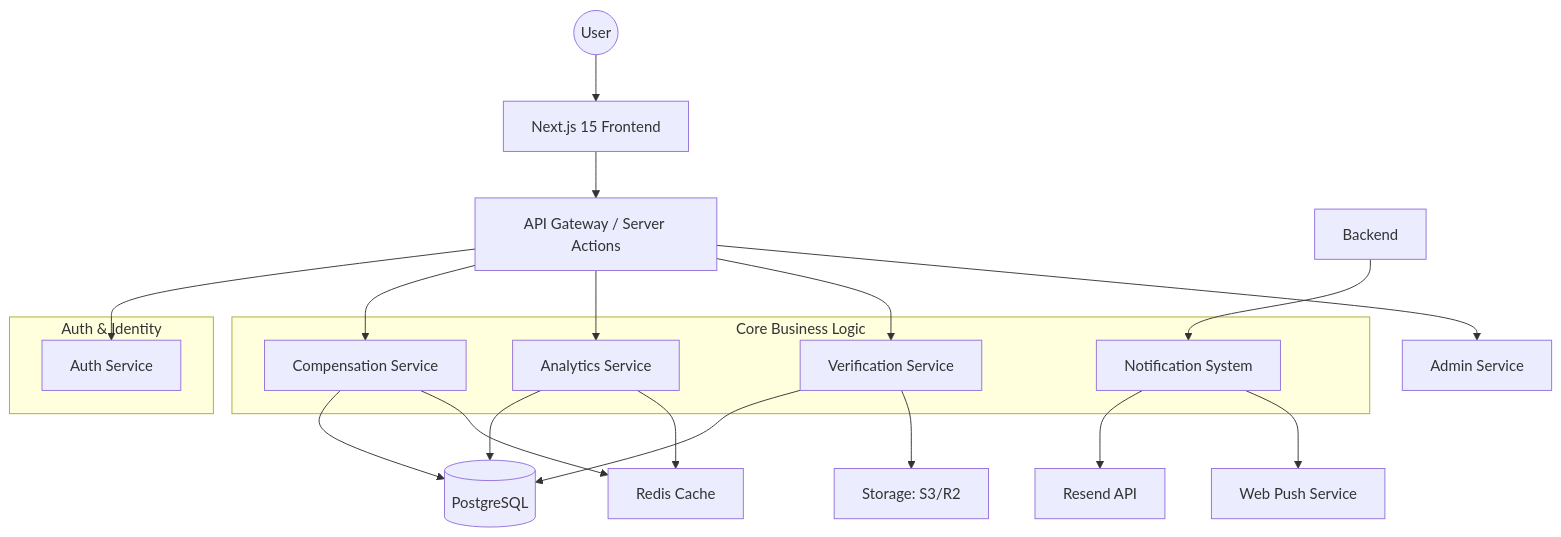
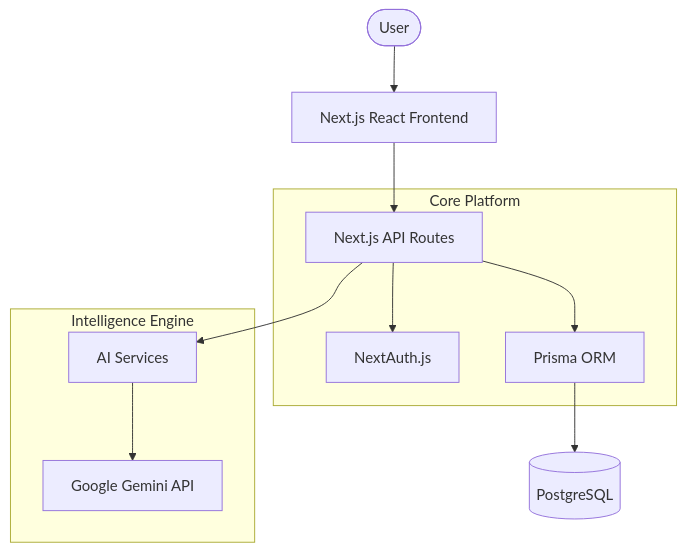
The first of 7 diagrams in README.md (genius-0963/-Compensation-Intelligence-System), drawn with Mermaid before and after one commit. The commit also changed other lines of this file, not shown here.

````diff
--- a/README.md
+++ b/README.md
@@ -55,34 +62,17 @@
 ```mermaid
 graph TD
-    User((User)) --> FE[Next.js 15 Frontend]
-    FE --> API[API Gateway / Server Actions]
+    User([User]) --> Frontend[Next.js React Frontend]
+    Frontend --> API[Next.js API Routes]
     
-    subgraph "Auth & Identity"
-        Auth[Auth Service]
+    subgraph Core Platform
+        API --> Auth[NextAuth.js]
+        API --> DB_Layer[Prisma ORM]
     end
     
-    subgraph "Core Business Logic"
-        CompService[Compensation Service]
-        Analytics[Analytics Service]
-        Verify[Verification Service]
-        Notify[Notification Service]
+    subgraph Intelligence Engine
+        API --> AIService[AI Services]
+        AIService --> Gemini[Google Gemini API]
     end
     
-    API --> Auth
-    API --> CompService
-    API --> Analytics
-    API --> Verify
-    API --> Admin[Admin Service]
-    
-    CompService --> DB[(PostgreSQL)]
-    Analytics --> DB
-    Verify --> DB
-    Verify --> S3[Storage: S3/R2]
-    
-    CompService --> Redis[Redis Cache]
-    Analytics --> Redis
-    
-    Backend --> Notify[Notification System]
-    Notify --> Resend[Resend API]
-    Notify --> Push[Web Push Service]
+    DB_Layer --> Postgres[(PostgreSQL)]
 ```
````
